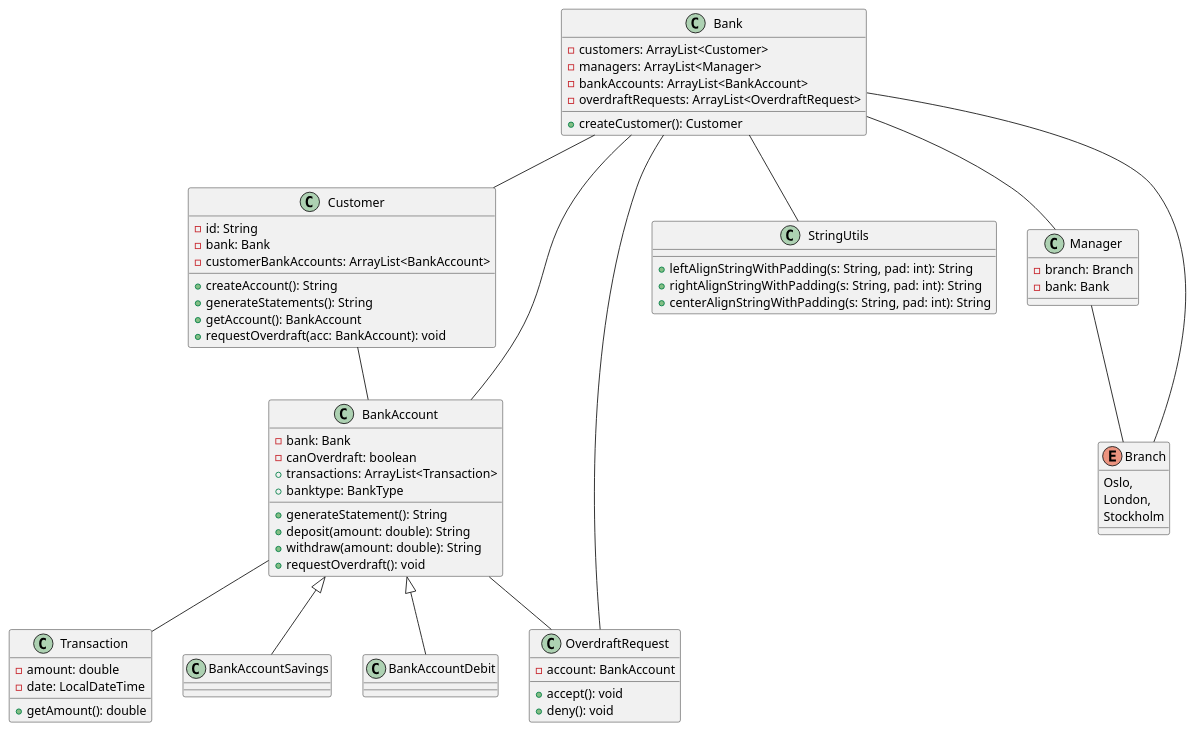
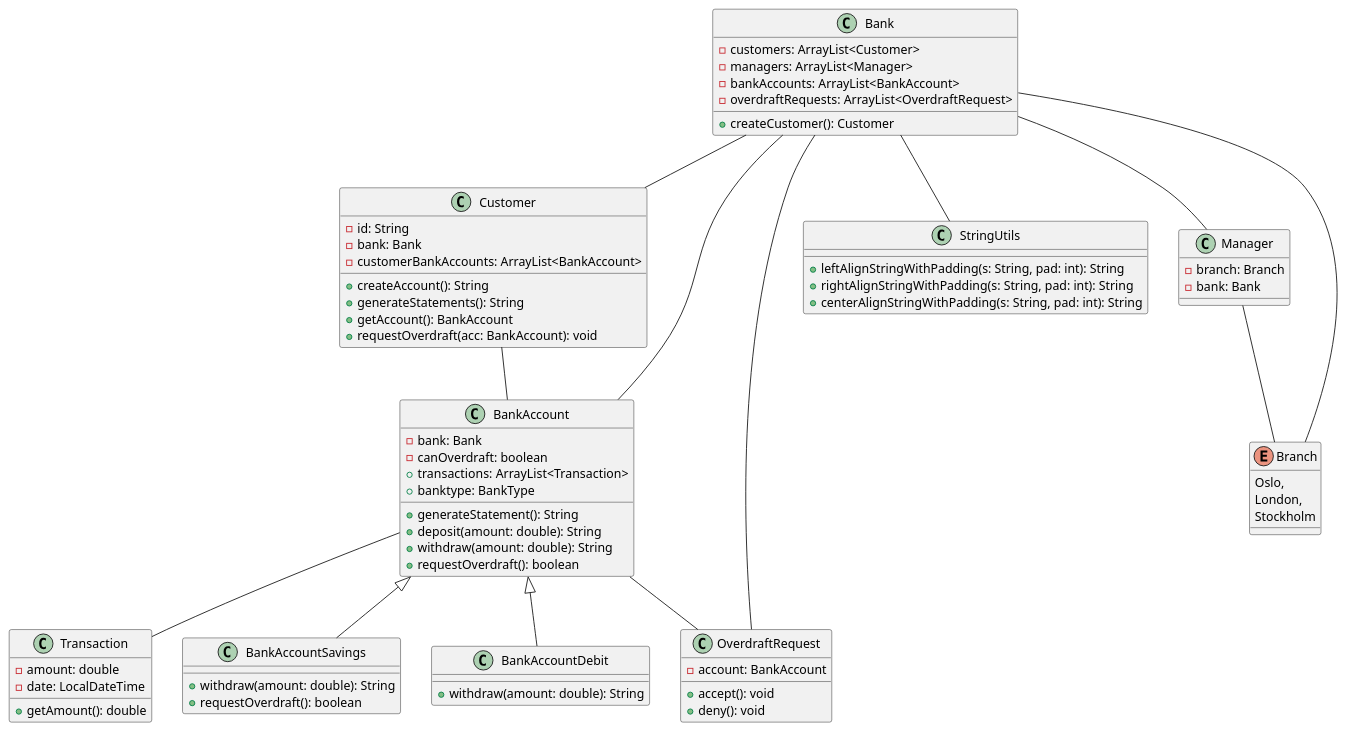
Before and after one commit to boolean-uk/java-tdd-oop-bank-challenge: the diagram in diagram.puml, drawn with PlantUML. The commit also changed 1 other file, not shown here.

Commit message:
updates to diagram and exported new

```diff
--- a/diagram.puml
+++ b/diagram.puml
@@ -1,80 +1,86 @@
 @startuml
 class Customer{
     - id: String
     - bank: Bank
     - customerBankAccounts: ArrayList<BankAccount>
     + createAccount(): String
     + generateStatements(): String
     + getAccount(): BankAccount
     + requestOverdraft(acc: BankAccount): void
 }
 Customer -- BankAccount
 
 class BankAccount{
     - bank: Bank
     - canOverdraft: boolean
     + transactions: ArrayList<Transaction>
     + banktype: BankType
     + generateStatement(): String
     + deposit(amount: double): String
     + withdraw(amount: double): String
-    + requestOverdraft(): void
+    + requestOverdraft(): boolean
 }
 
 BankAccount -- Transaction
 BankAccount -- OverdraftRequest
 
-class BankAccountSavings extends BankAccount{}
-class BankAccountDebit extends BankAccount{}
+class BankAccountSavings extends BankAccount{
+    + withdraw(amount: double): String
+    + requestOverdraft(): boolean
+}
+
+class BankAccountDebit extends BankAccount{
+    + withdraw(amount: double): String
+}
 
 
 class StringUtils{
     + leftAlignStringWithPadding(s: String, pad: int): String
     + rightAlignStringWithPadding(s: String, pad: int): String
     + centerAlignStringWithPadding(s: String, pad: int): String
 }
 
 Bank -- StringUtils
 class OverdraftRequest{
     - account: BankAccount
     + accept(): void
     + deny(): void
 }
 
 
 
 class Transaction{
     -amount: double
     -date: LocalDateTime
     +getAmount(): double
 }
 
 class Bank{
     - customers: ArrayList<Customer>
     - managers: ArrayList<Manager>
     - bankAccounts: ArrayList<BankAccount>
     - overdraftRequests: ArrayList<OverdraftRequest>
     + createCustomer(): Customer
 }
 Bank -- Customer
 Bank -- Manager
 Bank -- BankAccount
 Bank -- OverdraftRequest
 Bank -- Branch
 
 
 class Manager{
     - branch: Branch
     - bank: Bank
 
 
 }
 Manager -- Branch
 
 enum Branch{
     Oslo,
     London,
     Stockholm
 }
 
 @enduml
```
